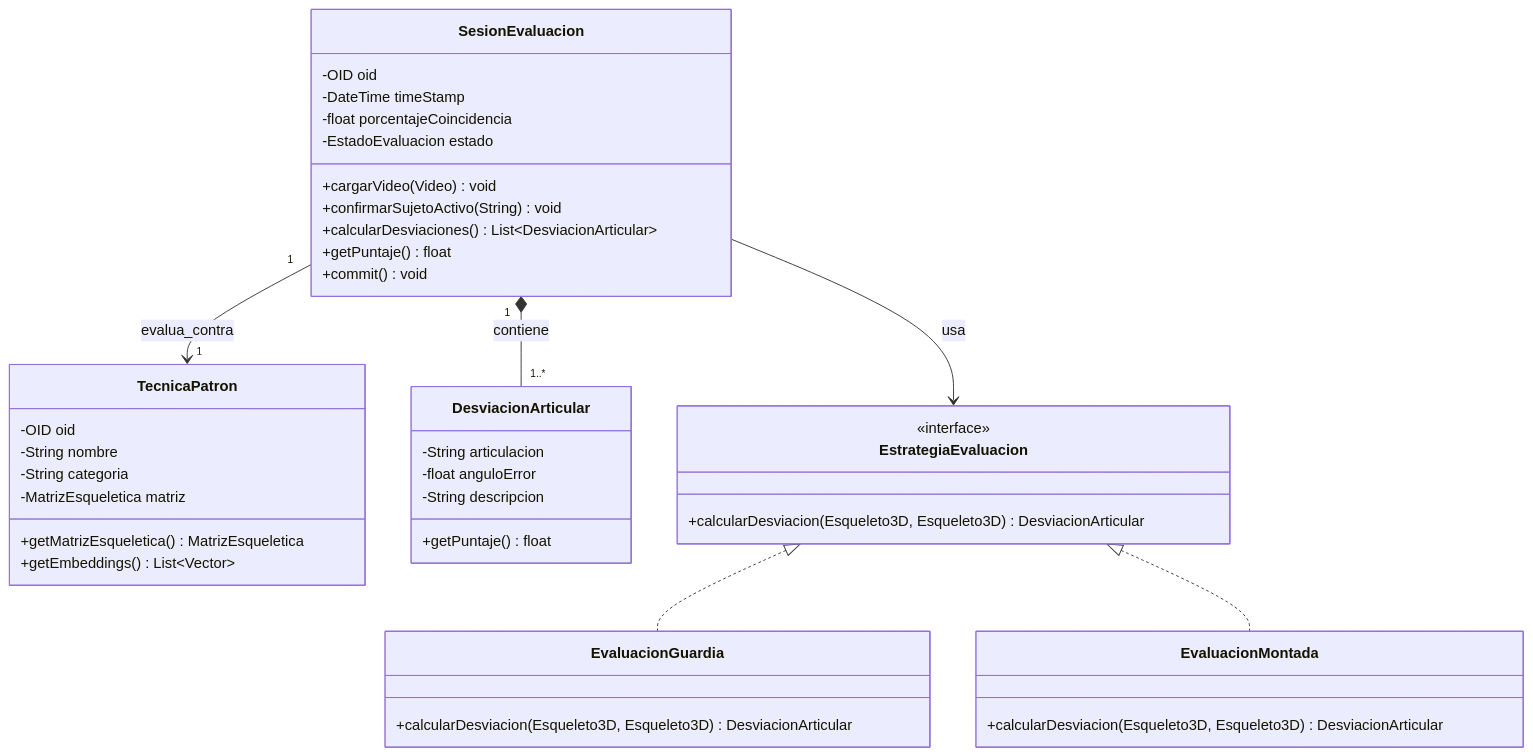
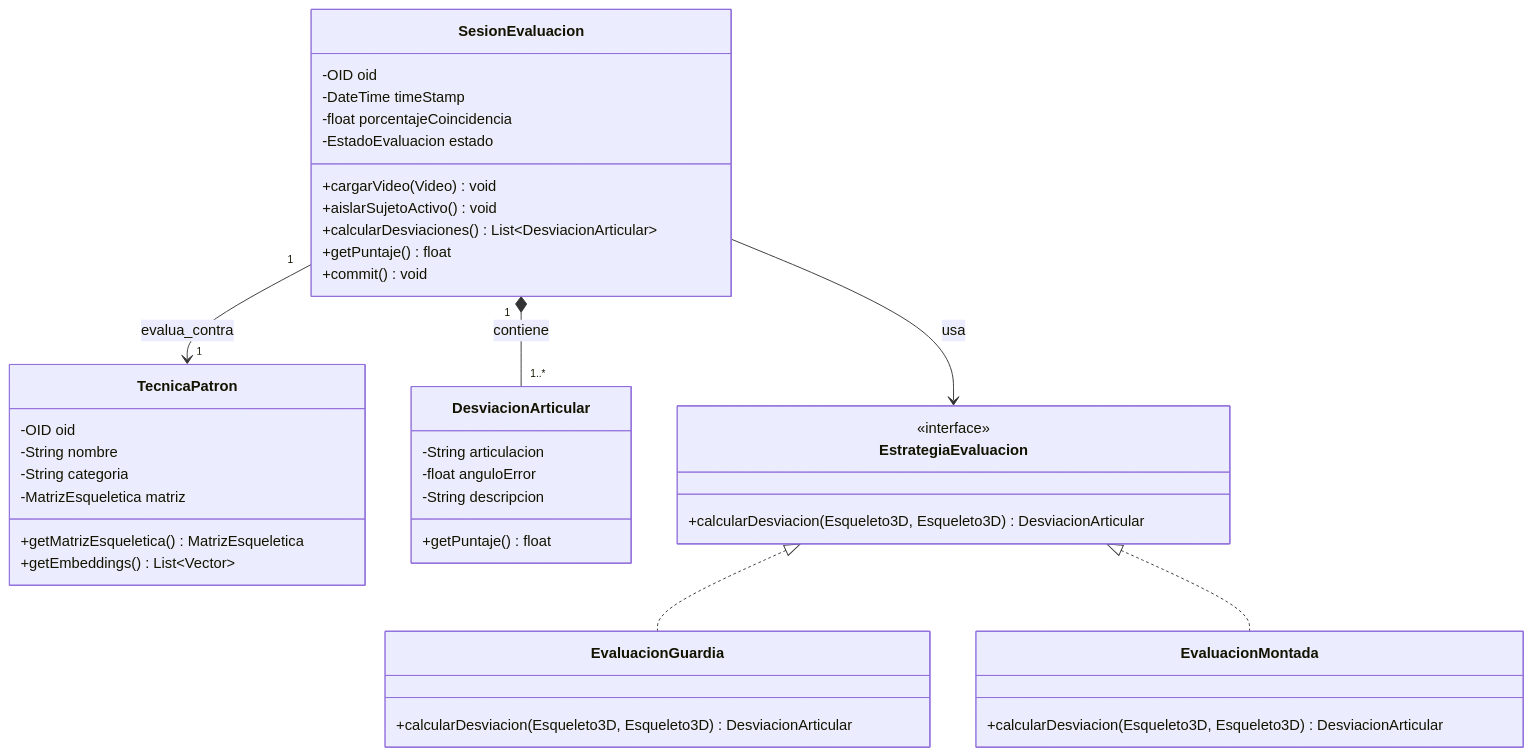
One commit to Tsmrain/JiuJitsu changed the ninth of 11 diagrams in README.md. Above: the diagram before and after it, drawn with Mermaid. The commit also changed other lines of this file, not shown here.

Commit message:
docs: update architecture to Edge-Cloud model and replace manual subject selection with automated kinetic filtering

````diff
--- a/README.md
+++ b/README.md
@@ -889,49 +866,49 @@
 ```mermaid
 classDiagram
     class SesionEvaluacion {
         -OID oid
         -DateTime timeStamp
         -float porcentajeCoincidencia
         -EstadoEvaluacion estado
         +cargarVideo(Video) void
-        +confirmarSujetoActivo(String) void
+        +aislarSujetoActivo() void
         +calcularDesviaciones() List~DesviacionArticular~
         +getPuntaje() float
         +commit() void
     }
 
     class TecnicaPatron {
         -OID oid
         -String nombre
         -String categoria
         -MatrizEsqueletica matriz
         +getMatrizEsqueletica() MatrizEsqueletica
         +getEmbeddings() List~Vector~
     }
 
     class DesviacionArticular {
         -String articulacion
         -float anguloError
         -String descripcion
         +getPuntaje() float
     }
 
     class EstrategiaEvaluacion {
         <<interface>>
         +calcularDesviacion(Esqueleto3D, Esqueleto3D) DesviacionArticular
     }
 
     class EvaluacionGuardia {
         +calcularDesviacion(Esqueleto3D, Esqueleto3D) DesviacionArticular
     }
 
     class EvaluacionMontada {
         +calcularDesviacion(Esqueleto3D, Esqueleto3D) DesviacionArticular
     }
 
     SesionEvaluacion "1" *-- "1..*" DesviacionArticular : contiene
     SesionEvaluacion "1" --> "1" TecnicaPatron : evalua_contra
     SesionEvaluacion --> EstrategiaEvaluacion : usa
     EstrategiaEvaluacion <|.. EvaluacionGuardia
     EstrategiaEvaluacion <|.. EvaluacionMontada
 ```
````
